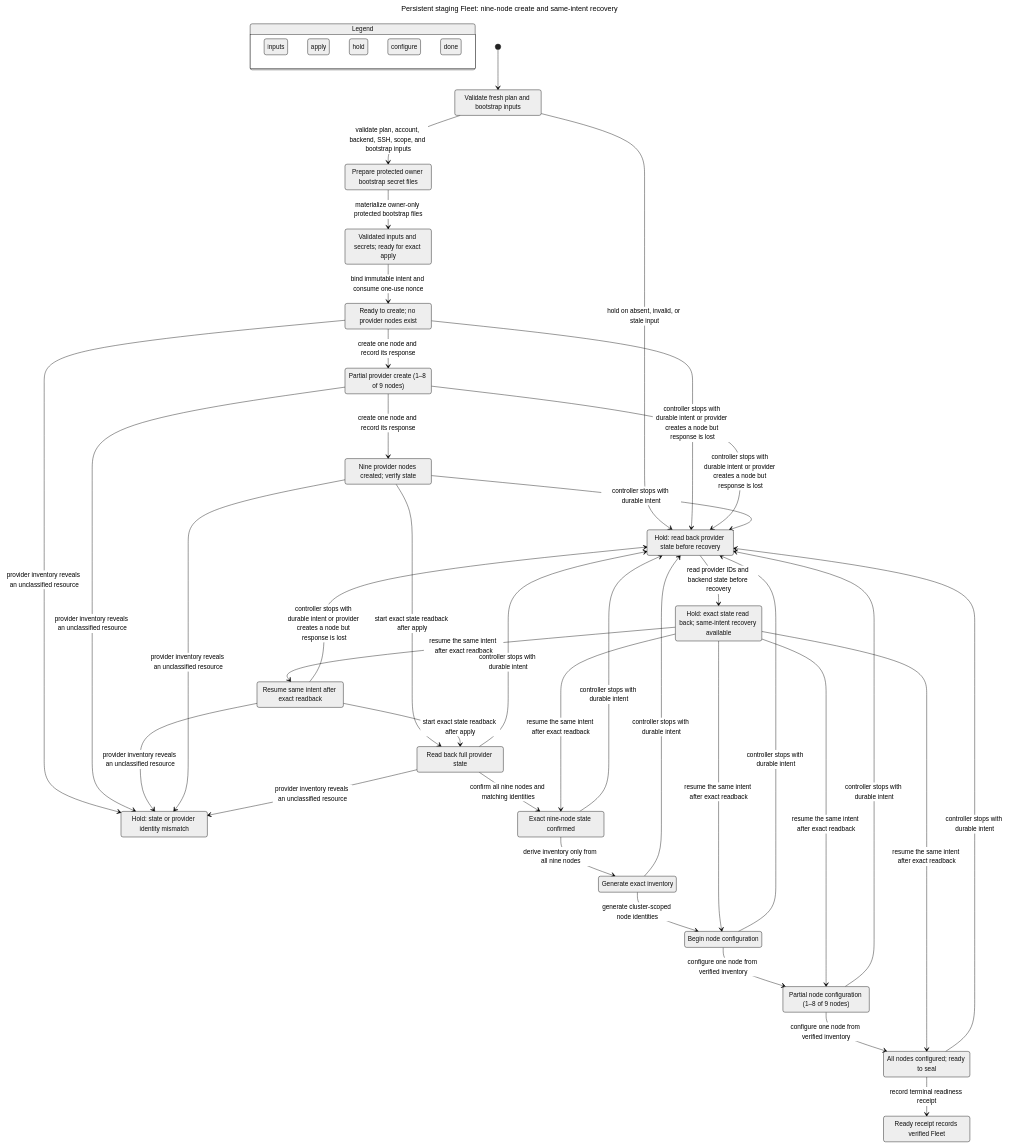
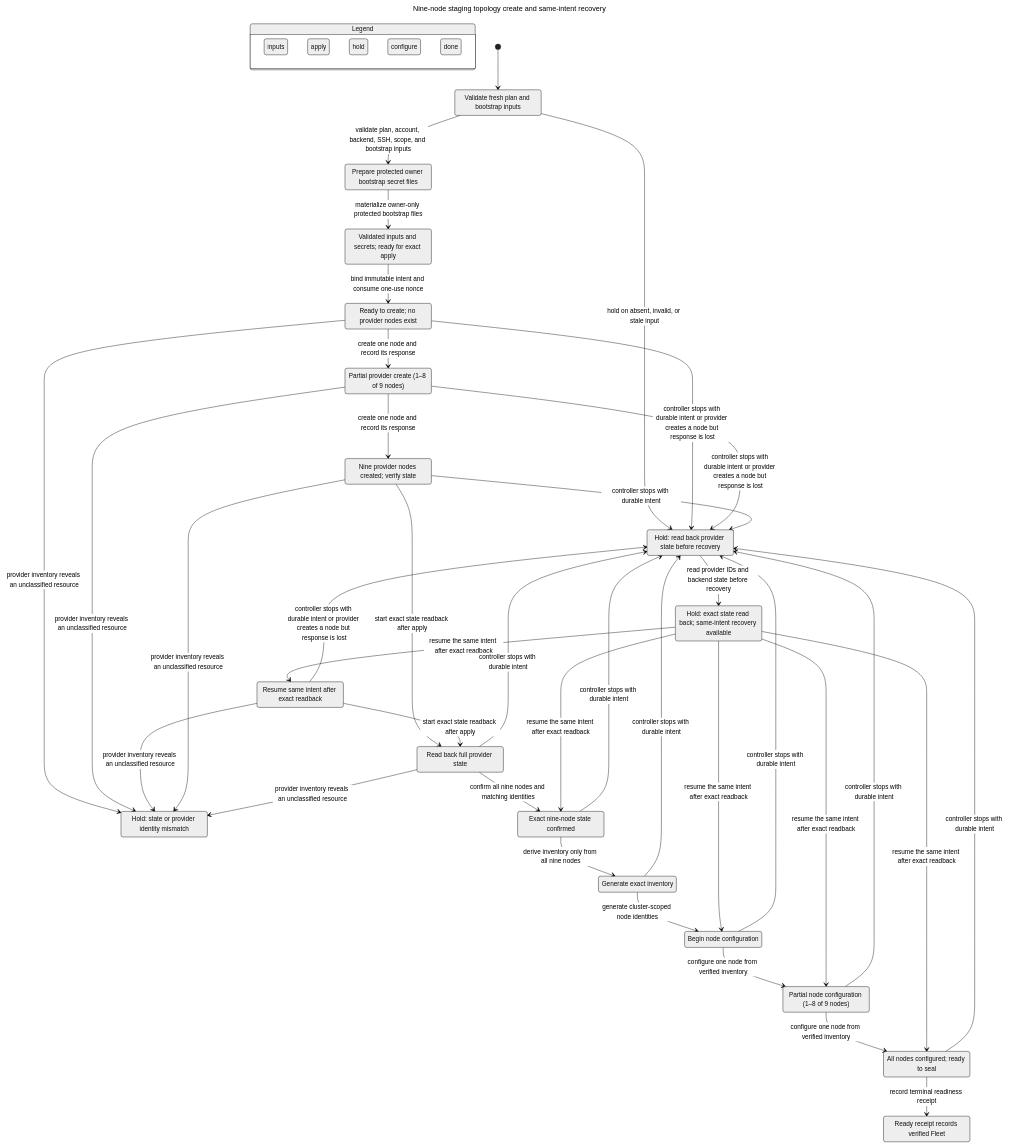
One commit to antiartificial/norn changed the diagram in docs/v3/statecharts/fresh-staging-nine-node-recovery/chart.mmd. Above: the diagram before and after it, drawn with Mermaid (neutral theme). The commit also changed 11 other files, not shown here.

Commit message:
docs: reconcile current fleet topology and release gates

```diff
--- a/docs/v3/statecharts/fresh-staging-nine-node-recovery/chart.mmd
+++ b/docs/v3/statecharts/fresh-staging-nine-node-recovery/chart.mmd
@@ -1,86 +1,86 @@
 ---
-title: "Persistent staging Fleet: nine-node create and same-intent recovery"
+title: "Nine-node staging topology create and same-intent recovery"
 ---
 stateDiagram-v2
   state "Legend" as legend {
     lg0: inputs
     lg1: apply
     lg2: hold
     lg3: configure
     lg4: done
   }
   class lg0 blue
   class lg1 teal
   class lg2 orange
   class lg3 purple
   class lg4 tan
   s0: Validate fresh plan and bootstrap inputs
   s1: Hold: read back provider state before recovery
   s2: Prepare protected owner bootstrap secret files
   s3: Hold: exact state read back#59; same-intent recovery available
   s4: Validated inputs and secrets#59; ready for exact apply
   s5: Ready to create#59; no provider nodes exist
   s6: Partial provider create (1#8211;8 of 9 nodes)
   s7: Hold: state or provider identity mismatch
   s8: Resume same intent after exact readback
   s9: Nine provider nodes created#59; verify state
   s10: Read back full provider state
   s11: Exact nine-node state confirmed
   s12: Generate exact inventory
   s13: Begin node configuration
   s14: Partial node configuration (1#8211;8 of 9 nodes)
   s15: All nodes configured#59; ready to seal
   s16: Ready receipt records verified Fleet
   [*] --> s0
   s0 --> s1: hold on absent, invalid, or stale input
   s0 --> s2: validate plan, account, backend, SSH, scope, and bootstrap inputs
   s1 --> s3: read provider IDs and backend state before recovery
   s2 --> s4: materialize owner-only protected bootstrap files
   s4 --> s5: bind immutable intent and consume one-use nonce
   s5 --> s6: create one node and record its response
   s5 --> s1: controller stops with durable intent or provider creates a node but response is lost
   s5 --> s7: provider inventory reveals an unclassified resource
   s6 --> s1: controller stops with durable intent or provider creates a node but response is lost
   s6 --> s7: provider inventory reveals an unclassified resource
   s3 --> s8: resume the same intent after exact readback
   s8 --> s1: controller stops with durable intent or provider creates a node but response is lost
   s8 --> s7: provider inventory reveals an unclassified resource
   s6 --> s9: create one node and record its response
   s9 --> s10: start exact state readback after apply
   s9 --> s1: controller stops with durable intent
   s9 --> s7: provider inventory reveals an unclassified resource
   s10 --> s1: controller stops with durable intent
   s10 --> s7: provider inventory reveals an unclassified resource
   s10 --> s11: confirm all nine nodes and matching identities
   s3 --> s11: resume the same intent after exact readback
   s11 --> s1: controller stops with durable intent
   s11 --> s12: derive inventory only from all nine nodes
   s8 --> s10: start exact state readback after apply
   s12 --> s13: generate cluster-scoped node identities
   s12 --> s1: controller stops with durable intent
   s13 --> s14: configure one node from verified inventory
   s13 --> s1: controller stops with durable intent
   s14 --> s1: controller stops with durable intent
   s3 --> s13: resume the same intent after exact readback
   s3 --> s14: resume the same intent after exact readback
   s14 --> s15: configure one node from verified inventory
   s15 --> s16: record terminal readiness receipt
   s15 --> s1: controller stops with durable intent
   s3 --> s15: resume the same intent after exact readback
   class s0 blue
   class s1 orange
   class s2 blue
   class s3 orange
   class s4 blue
   class s5 teal
   class s6 teal
   class s7 orange
   class s8 teal
   class s9 teal
   class s10 teal
   class s11 teal
   class s12 purple
   class s13 purple
   class s14 purple
   class s15 purple
   class s16 tan
```
